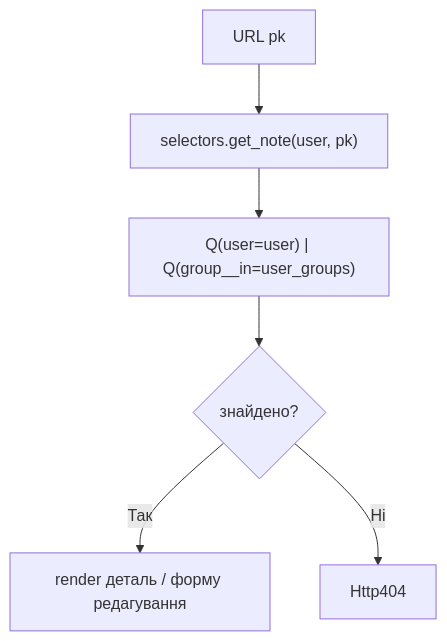
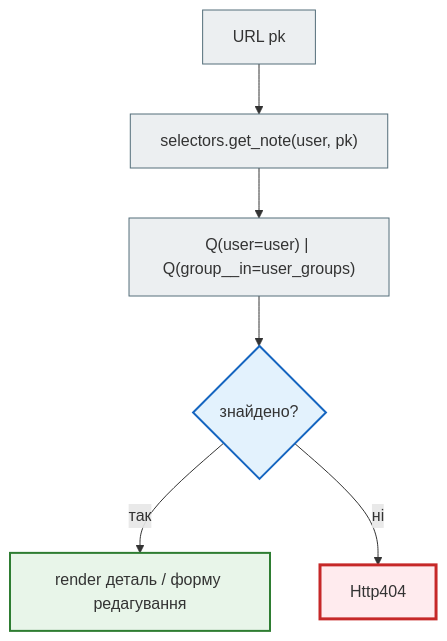
The second of 5 diagrams in docs/12_final_project/request_flows.md (NikoriakViktot/notes_chat_app), drawn with Mermaid before and after one commit. The commit also changed other lines of this file and 441 other files, not shown here.

First line of the commit message:
Add English version of the book, Mermaid standard, docs fixes

````diff
--- a/docs/12_final_project/request_flows.md
+++ b/docs/12_final_project/request_flows.md
@@ -36,8 +36,18 @@
 ```mermaid
 flowchart TD
     pk["URL pk"] --> Filter["selectors.get_note(user, pk)"]
     Filter --> Q["Q(user=user) | Q(group__in=user_groups)"]
     Q --> Found{"знайдено?"}
-    Found -->|Так| Render["render деталь / форму редагування"]
-    Found -->|Ні| 404["Http404"]
+    Found -->|так| Render["render деталь / форму редагування"]
+    Found -->|ні| 404["Http404"]
+
+    classDef step     fill:#eceff1,stroke:#546e7a,stroke-width:1px;
+    classDef decision fill:#e3f2fd,stroke:#1565c0,stroke-width:2px;
+    classDef success  fill:#e8f5e9,stroke:#2e7d32,stroke-width:2px;
+    classDef error    fill:#ffebee,stroke:#c62828,stroke-width:3px;
+
+    class pk,Filter,Q step;
+    class Found decision;
+    class Render success;
+    class 404 error;
 ```
````
